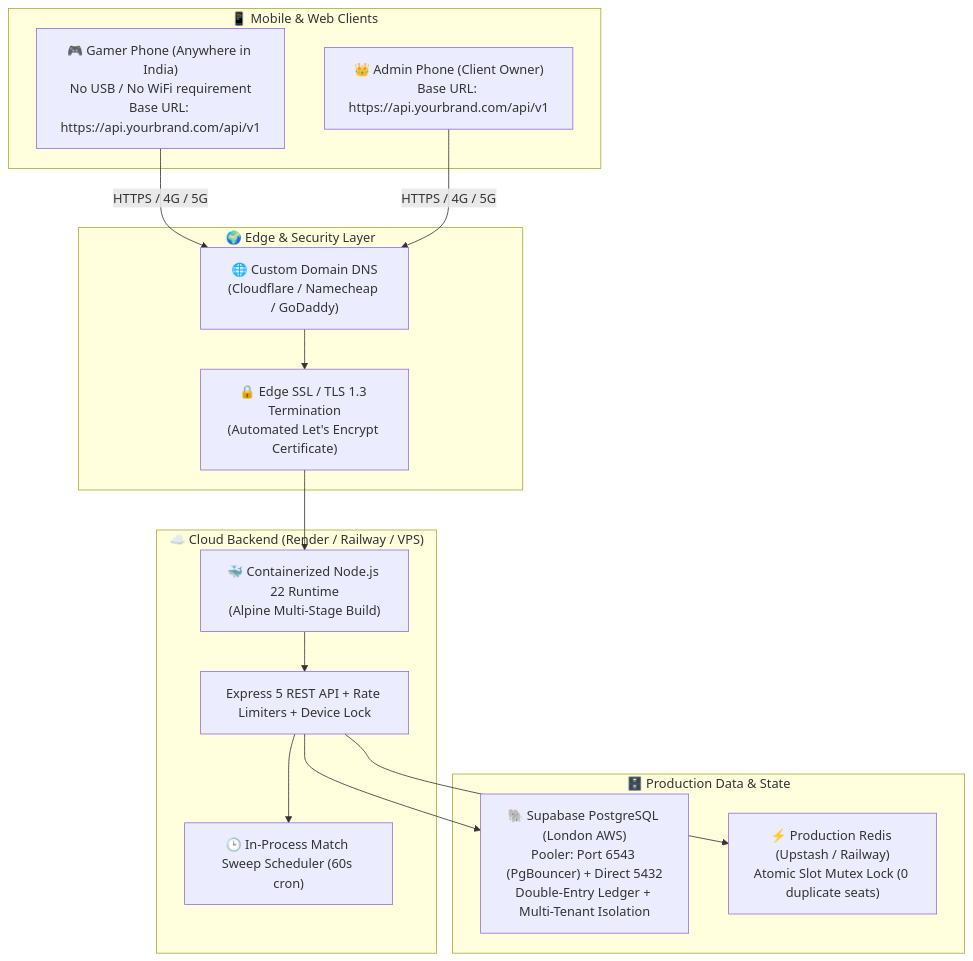
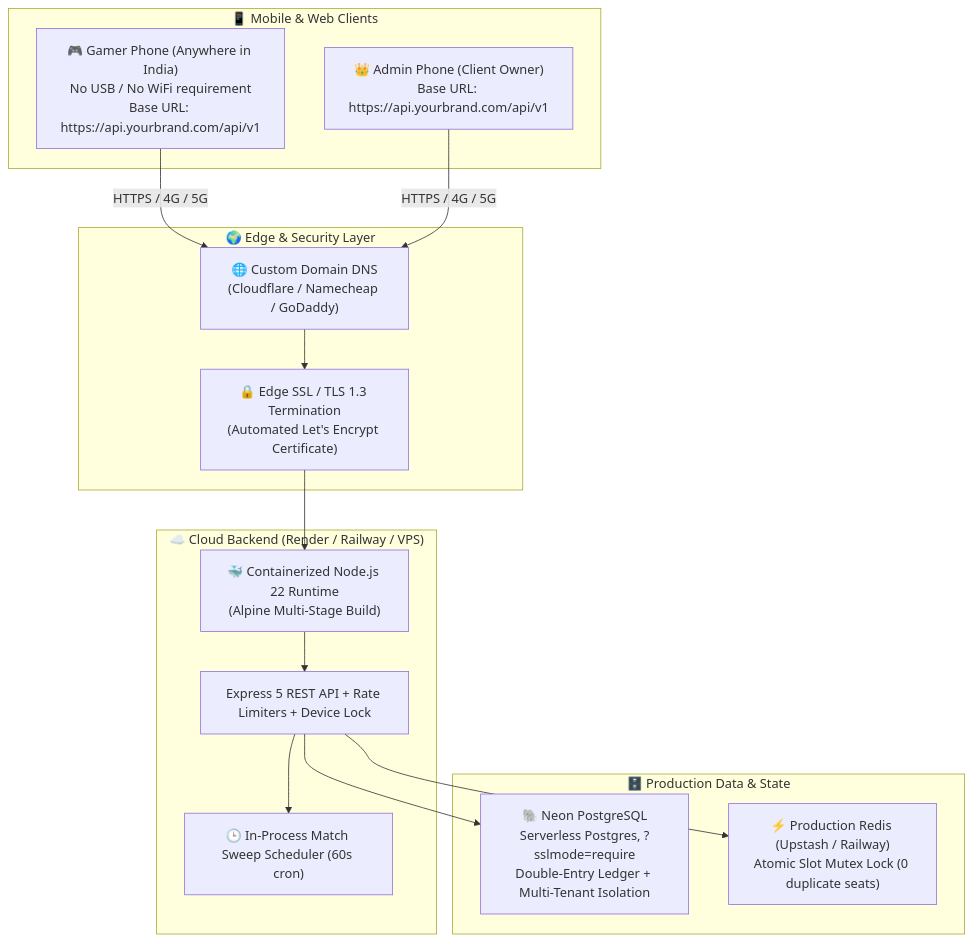
One commit to deadesports99/deadesports changed the diagram in plan/PRODUCTION_CLOUD_DEPLOYMENT_PLAN.md. Above: the diagram before and after it, drawn with Mermaid. The commit also changed other lines of this file and 100 other files, not shown here.

````diff
--- a/plan/PRODUCTION_CLOUD_DEPLOYMENT_PLAN.md
+++ b/plan/PRODUCTION_CLOUD_DEPLOYMENT_PLAN.md
@@ -12,32 +12,32 @@
 ```mermaid
 flowchart TD
     subgraph PlayersAndAdmins["📱 Mobile & Web Clients"]
         UA["🎮 Gamer Phone (Anywhere in India)<br>No USB / No WiFi requirement<br>Base URL: https://api.yourbrand.com/api/v1"]
         AA["👑 Admin Phone (Client Owner)<br>Base URL: https://api.yourbrand.com/api/v1"]
     end
 
     subgraph EdgeLayer["🌍 Edge & Security Layer"]
         DNS["🌐 Custom Domain DNS<br>(Cloudflare / Namecheap / GoDaddy)"]
         SSL["🔒 Edge SSL / TLS 1.3 Termination<br>(Automated Let's Encrypt Certificate)"]
     end
 
     subgraph CloudCompute["☁️ Cloud Backend (Render / Railway / VPS)"]
         DOCKER["🐳 Containerized Node.js 22 Runtime<br>(Alpine Multi-Stage Build)"]
         API["Express 5 REST API + Rate Limiters + Device Lock"]
         SWEEP["🕒 In-Process Match Sweep Scheduler (60s cron)"]
     end
 
     subgraph ManagedDataStore["🗄️ Production Data & State"]
-        SUPABASE["🐘 Supabase PostgreSQL (London AWS)<br>Pooler: Port 6543 (PgBouncer) + Direct 5432<br>Double-Entry Ledger + Multi-Tenant Isolation"]
+        NEON["🐘 Neon PostgreSQL<br>Serverless Postgres, ?sslmode=require<br>Double-Entry Ledger + Multi-Tenant Isolation"]
         REDIS["⚡ Production Redis (Upstash / Railway)<br>Atomic Slot Mutex Lock (0 duplicate seats)"]
     end
 
     UA -->|HTTPS / 4G / 5G| DNS
     AA -->|HTTPS / 4G / 5G| DNS
     DNS --> SSL
     SSL --> DOCKER
     DOCKER --> API
     API --> SWEEP
-    API --> SUPABASE
+    API --> NEON
     API --> REDIS
 ```
````
